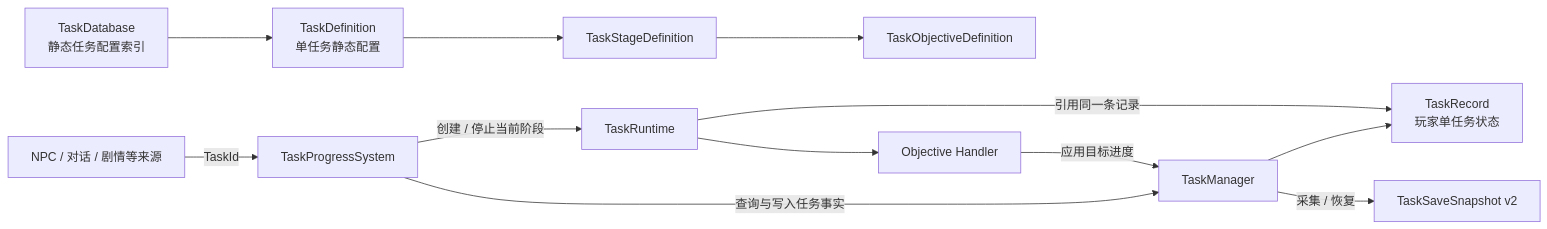
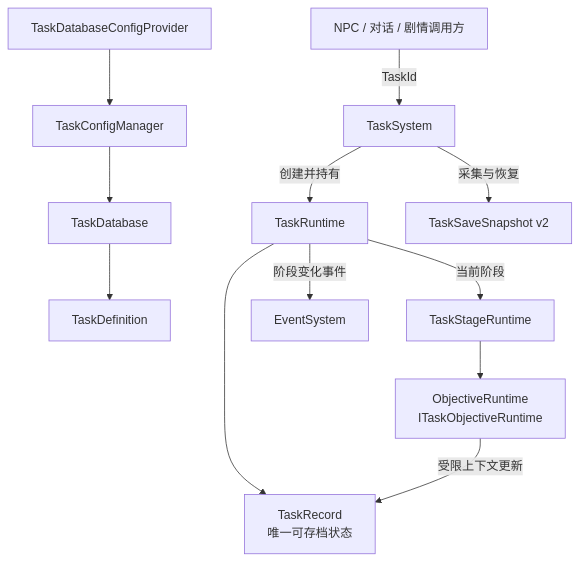
One commit to Whitesheeeep/3DRPG changed the first of 11 diagrams in Assets/Scripts/TaskSystem/TaskSystem_Architecture.md. Above: the diagram before and after it, drawn with Mermaid. The commit also changed other lines of this file and 112 other files, not shown here.

```diff
--- a/Assets/Scripts/TaskSystem/TaskSystem_Architecture.md
+++ b/Assets/Scripts/TaskSystem/TaskSystem_Architecture.md
@@ -12,14 +12,14 @@
 ~~~mermaid
-flowchart LR
-    DB["TaskDatabase<br/>静态任务配置索引"] --> Def["TaskDefinition<br/>单任务静态配置"]
-    Def --> Stage["TaskStageDefinition"]
-    Stage --> Objective["TaskObjectiveDefinition"]
-    Source["NPC / 对话 / 剧情等来源"] -->|TaskId| Progress["TaskProgressSystem"]
-    Progress -->|查询与写入任务事实| Manager["TaskManager"]
-    Manager --> Record["TaskRecord<br/>玩家单任务状态"]
-    Progress -->|创建 / 停止当前阶段| Runtime["TaskRuntime"]
-    Runtime -->|引用同一条记录| Record
-    Runtime --> Handler["Objective Handler"]
-    Handler -->|应用目标进度| Manager
-    Manager -->|采集 / 恢复| Snapshot["TaskSaveSnapshot v2"]
+flowchart TD
+    Provider["TaskDatabaseConfigProvider"] --> Config["TaskConfigManager"]
+    Config --> Database["TaskDatabase"]
+    Database --> Definition["TaskDefinition"]
+    Caller["NPC / 对话 / 剧情调用方"] -->|TaskId| System["TaskSystem"]
+    System -->|创建并持有| Task["TaskRuntime"]
+    Task --> Record["TaskRecord<br/>唯一可存档状态"]
+    Task -->|当前阶段| Stage["TaskStageRuntime"]
+    Stage --> Objective["ObjectiveRuntime<br/>ITaskObjectiveRuntime"]
+    Objective -->|受限上下文更新| Record
+    Task -->|阶段变化事件| Events["EventSystem"]
+    System -->|采集与恢复| Snapshot["TaskSaveSnapshot v2"]
 ~~~
```
